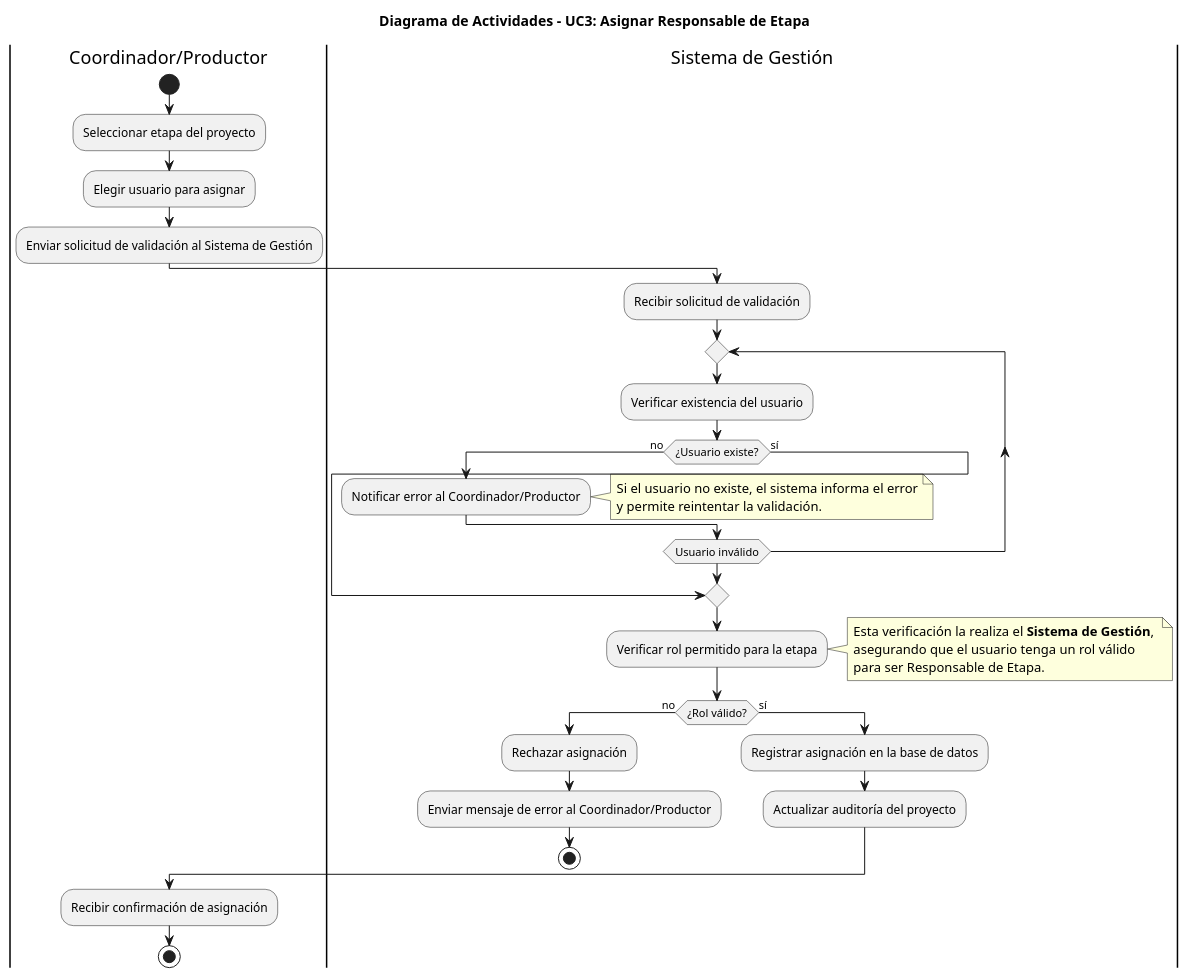
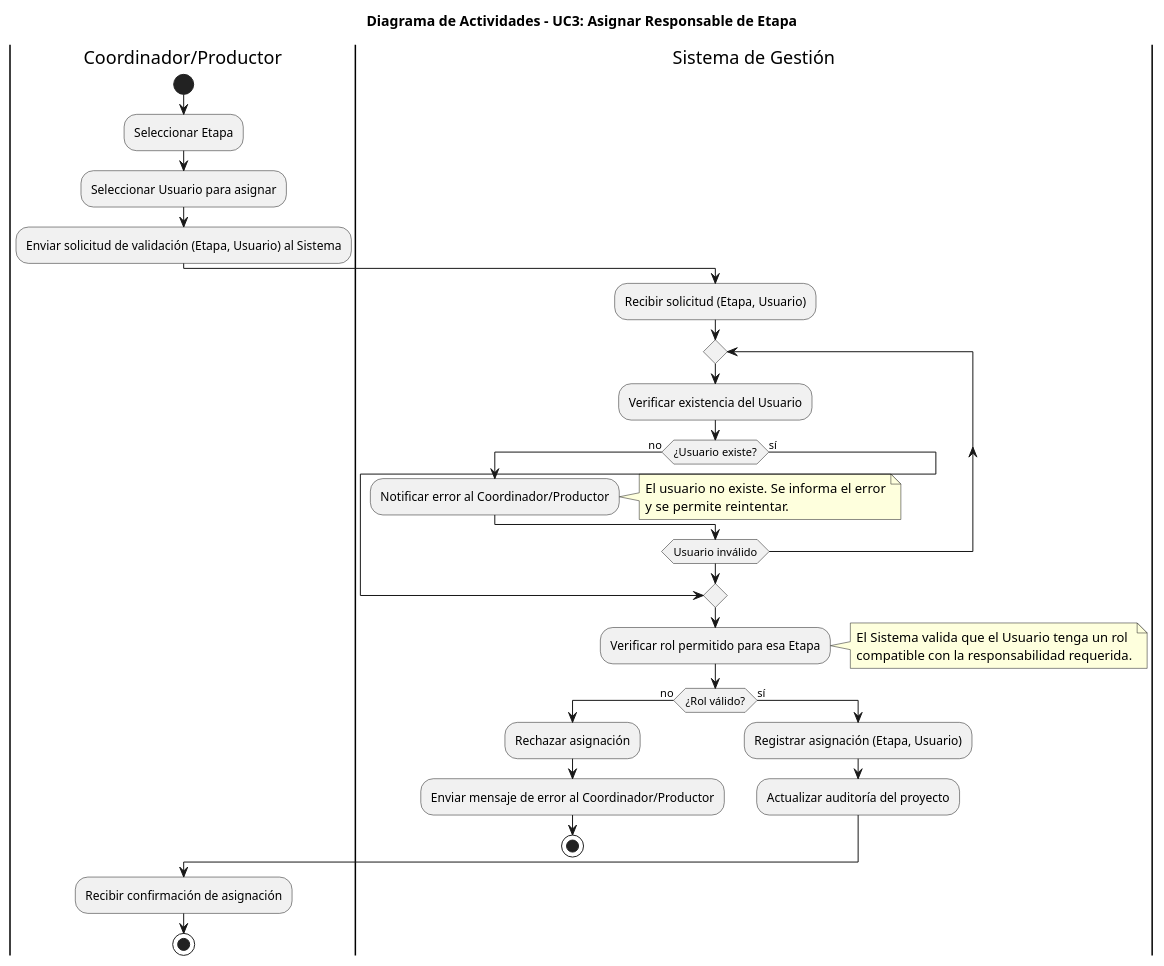
The diagram in diagramas/04-diagramas-actividades/04-actividad-asignar-responsable-etapa-03.puml (GonzaloBarbano/SistemaProductoraVideos), drawn with PlantUML before and after one commit. The commit also changed 27 other files, not shown here.

```diff
--- a/diagramas/04-diagramas-actividades/04-actividad-asignar-responsable-etapa-03.puml
+++ b/diagramas/04-diagramas-actividades/04-actividad-asignar-responsable-etapa-03.puml
@@ -1,44 +1,44 @@
 @startuml
 title Diagrama de Actividades - UC3: Asignar Responsable de Etapa
 
 |Coordinador/Productor|
 start
-:Seleccionar etapa del proyecto;
-:Elegir usuario para asignar;
-:Enviar solicitud de validación al Sistema de Gestión;
+:Seleccionar Etapa;
+:Seleccionar Usuario para asignar;
+:Enviar solicitud de validación (Etapa, Usuario) al Sistema;
 
 |Sistema de Gestión|
-:Recibir solicitud de validación;
+:Recibir solicitud (Etapa, Usuario);
+
 repeat
-  :Verificar existencia del usuario;
+  :Verificar existencia del Usuario;
   if (¿Usuario existe?) then (no)
     :Notificar error al Coordinador/Productor;
     note right
-    Si el usuario no existe, el sistema informa el error
-    y permite reintentar la validación.
+    El usuario no existe. Se informa el error
+    y se permite reintentar.
     end note
   else (sí)
     break
   endif
 repeat while (Usuario inválido)
 
-:Verificar rol permitido para la etapa;
+:Verificar rol permitido para esa Etapa;
 note right
-Esta verificación la realiza el **Sistema de Gestión**, 
-asegurando que el usuario tenga un rol válido 
-para ser Responsable de Etapa.
+El Sistema valida que el Usuario tenga un rol
+compatible con la responsabilidad requerida.
 end note
 
 if (¿Rol válido?) then (no)
   :Rechazar asignación;
   :Enviar mensaje de error al Coordinador/Productor;
   stop
 else (sí)
-  :Registrar asignación en la base de datos;
+  :Registrar asignación (Etapa, Usuario);
   :Actualizar auditoría del proyecto;
 endif
 
 |Coordinador/Productor|
 :Recibir confirmación de asignación;
 stop
 @enduml
```
